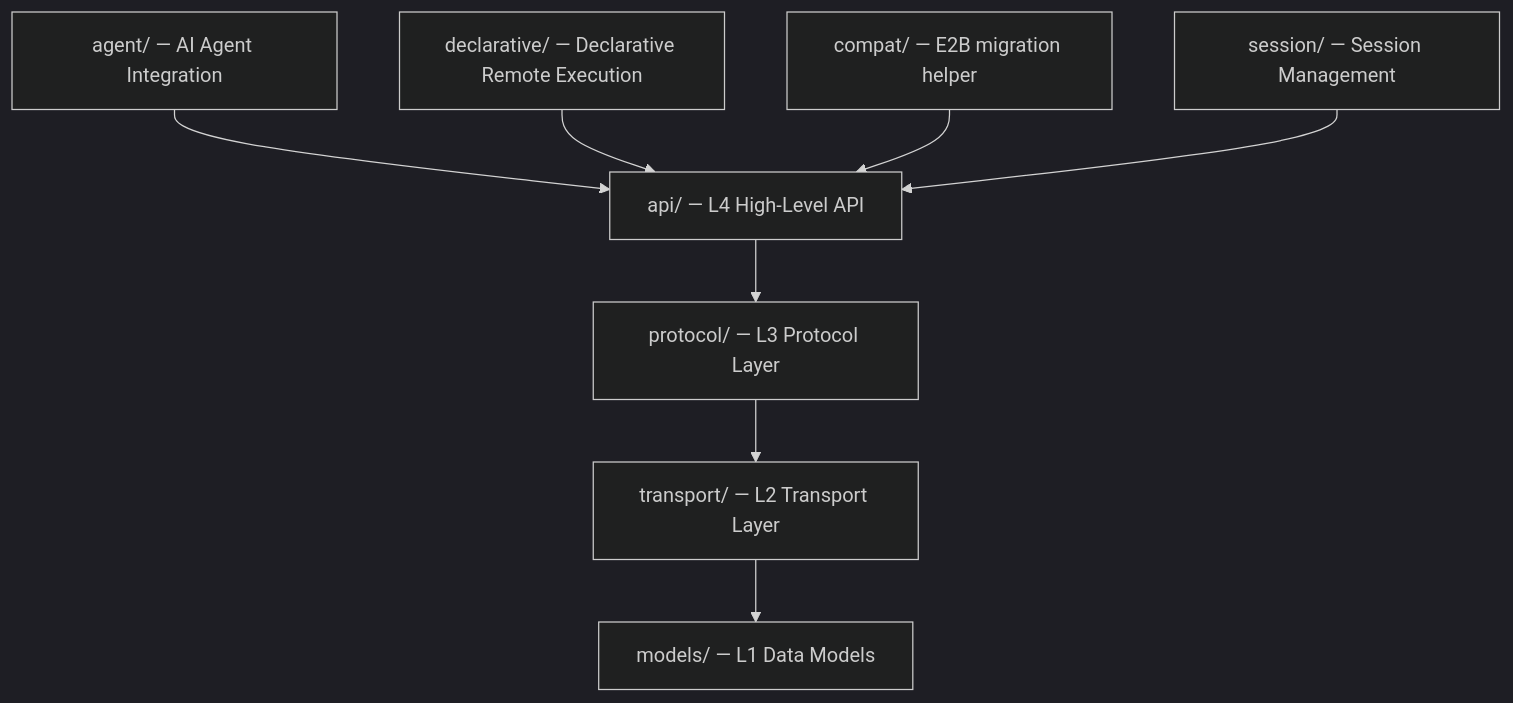
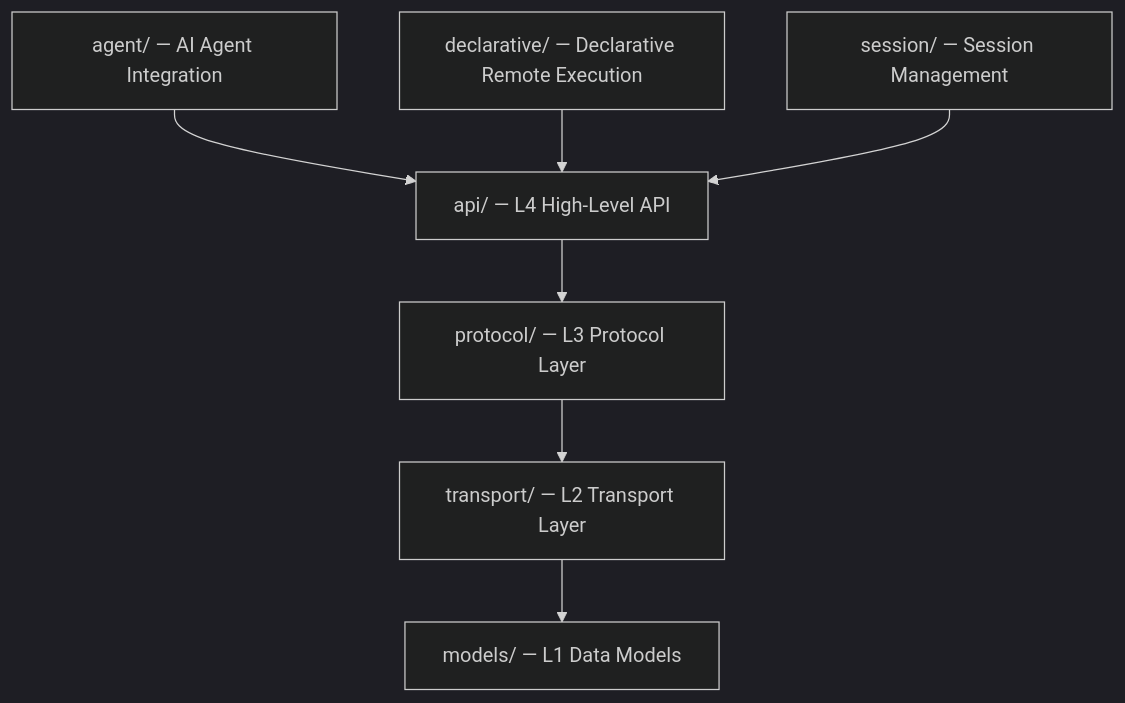
The third of 3 diagrams in docs/en/explanation/architecture-overview.md (Alibaba-Agent-Sandbox/python-sdk), drawn with Mermaid (dark theme) before and after one commit. The commit also changed other lines of this file and 39 other files, not shown here.

````diff
--- a/docs/en/explanation/architecture-overview.md
+++ b/docs/en/explanation/architecture-overview.md
@@ -114,17 +114,15 @@
 ```mermaid
 graph TB
     API["api/ — L4 High-Level API"]
     Protocol["protocol/ — L3 Protocol Layer"]
     Transport["transport/ — L2 Transport Layer"]
     Models["models/ — L1 Data Models"]
     Decl["declarative/ — Declarative Remote Execution"]
     AgentMod["agent/ — AI Agent Integration"]
     Sess["session/ — Session Management"]
-    Compat["compat/ — E2B migration helper"]
 
     AgentMod --> API
     Decl --> API
-    Compat --> API
     Sess --> API
     API --> Protocol --> Transport --> Models
 ```
````
